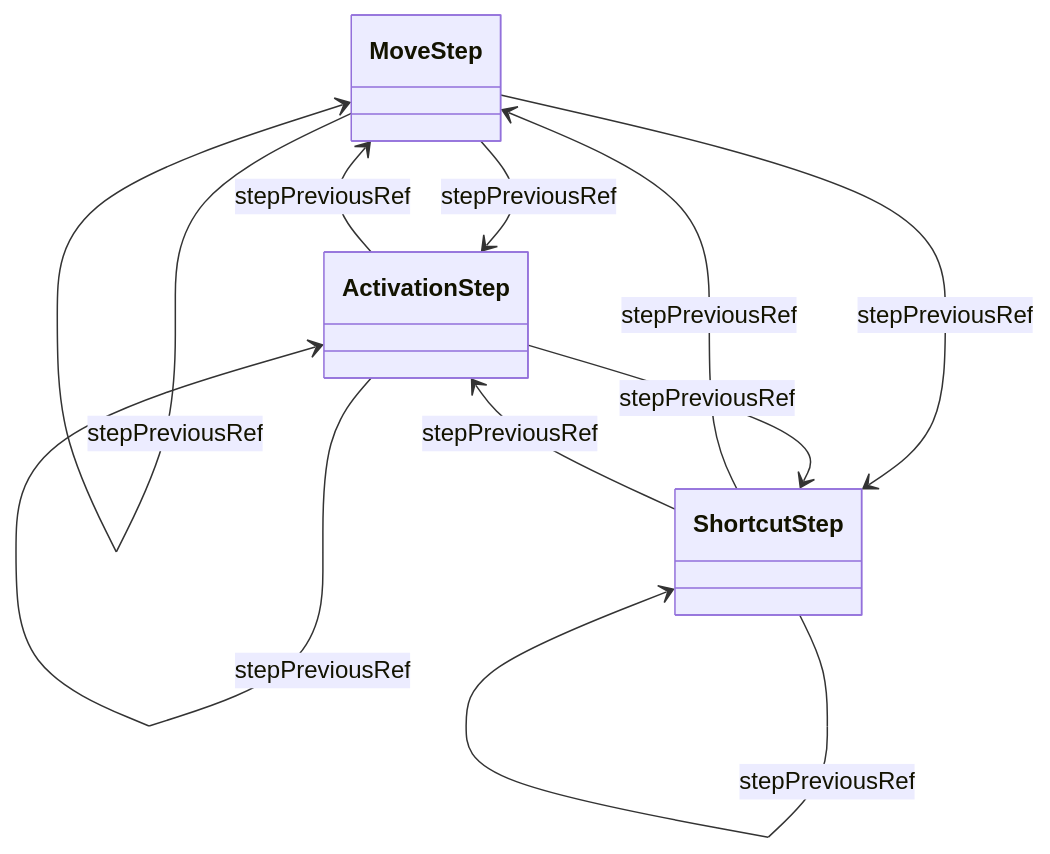
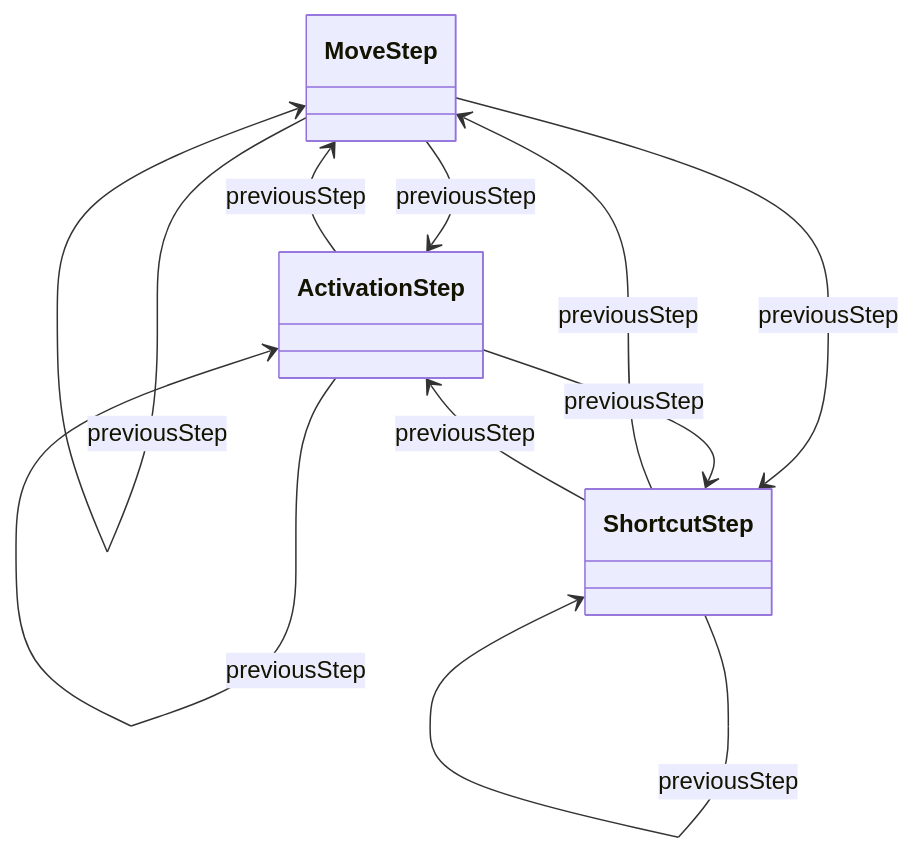
Before and after one commit to openuji/spec-ujg: the third of 5 diagrams in specs/ed/modules/operability/index.md, drawn with Mermaid. The commit also changed other lines of this file and 370 other files, not shown here.

````diff
--- a/specs/ed/modules/operability/index.md
+++ b/specs/ed/modules/operability/index.md
@@ -232,15 +223,15 @@
 ```mermaid
 classDiagram
   class MoveStep
   class ActivationStep
   class ShortcutStep
-  MoveStep --> MoveStep : stepPreviousRef
-  MoveStep --> ActivationStep : stepPreviousRef
-  MoveStep --> ShortcutStep : stepPreviousRef
-  ActivationStep --> MoveStep : stepPreviousRef
-  ActivationStep --> ActivationStep : stepPreviousRef
-  ActivationStep --> ShortcutStep : stepPreviousRef
-  ShortcutStep --> MoveStep : stepPreviousRef
-  ShortcutStep --> ActivationStep : stepPreviousRef
-  ShortcutStep --> ShortcutStep : stepPreviousRef
+  MoveStep --> MoveStep : previousStep
+  MoveStep --> ActivationStep : previousStep
+  MoveStep --> ShortcutStep : previousStep
+  ActivationStep --> MoveStep : previousStep
+  ActivationStep --> ActivationStep : previousStep
+  ActivationStep --> ShortcutStep : previousStep
+  ShortcutStep --> MoveStep : previousStep
+  ShortcutStep --> ActivationStep : previousStep
+  ShortcutStep --> ShortcutStep : previousStep
 ```
````
